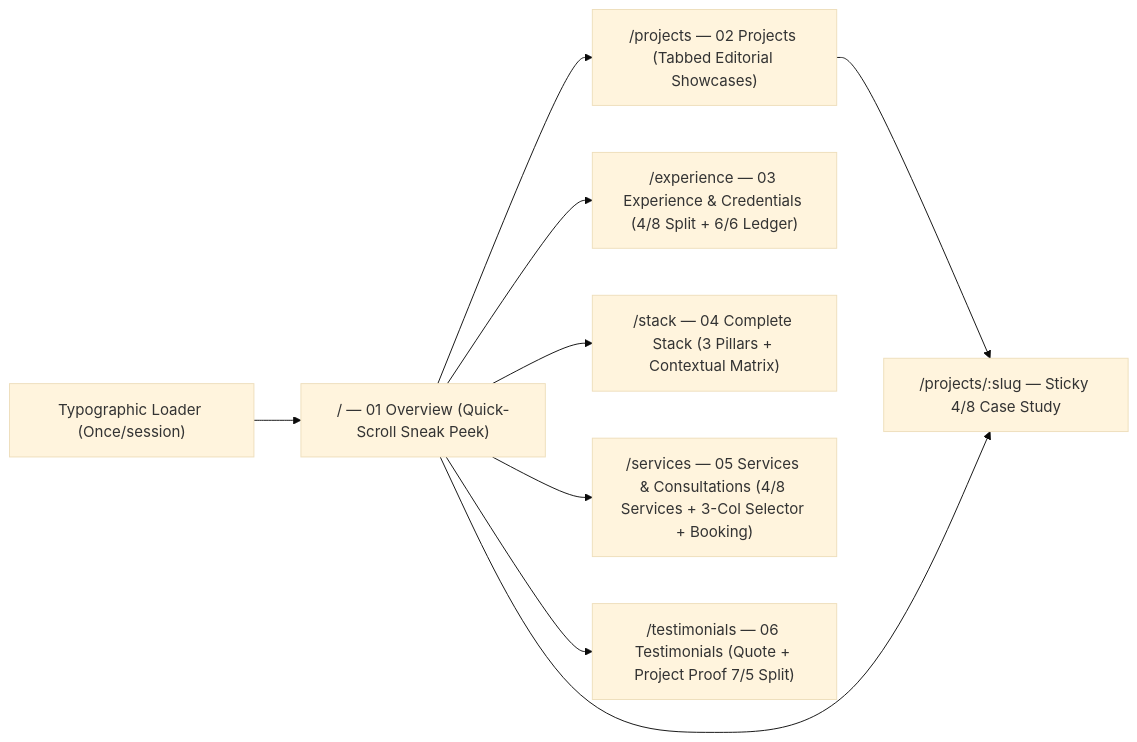
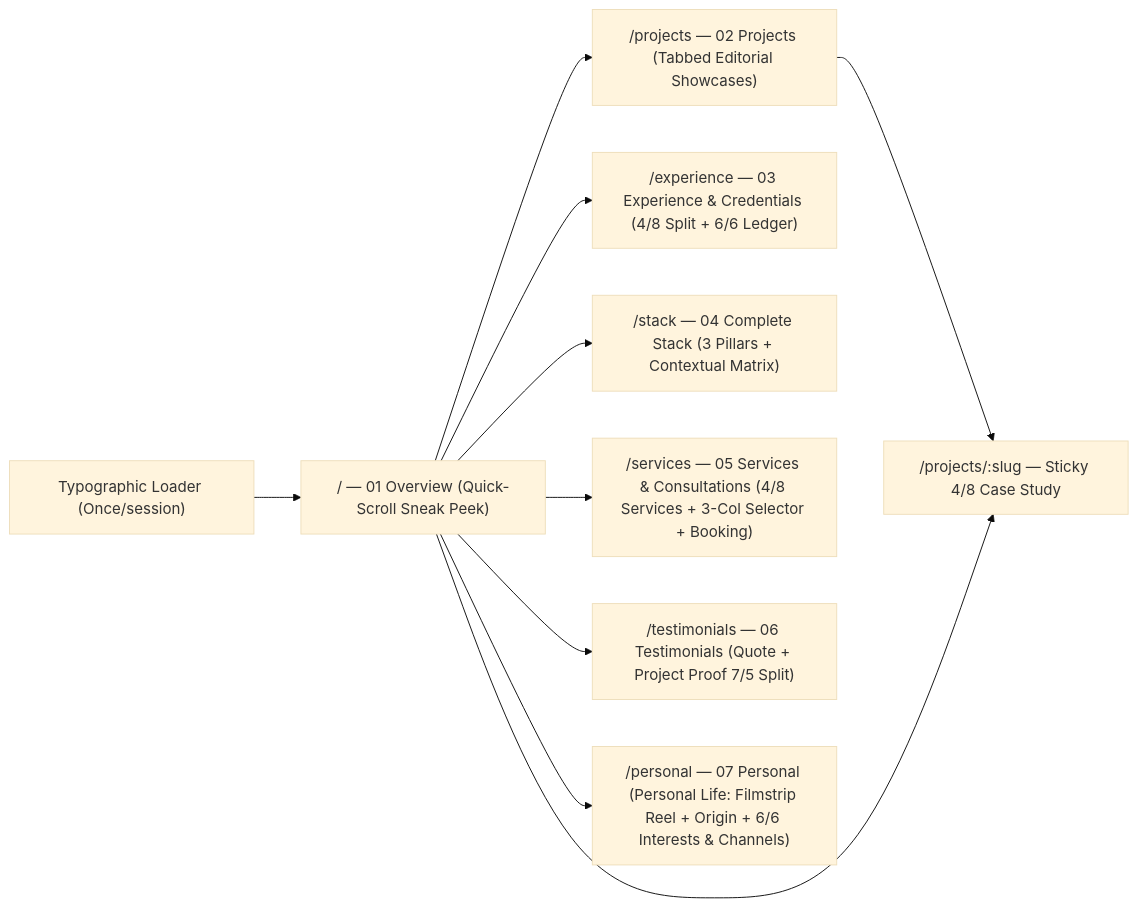
One commit to markPie29/markyisulatdev changed the diagram in personal-portfolio-bundle/DESIGN_DIRECTION_PLAN.md. Above: the diagram before and after it, drawn with Mermaid (base theme). The commit also changed other lines of this file and 17 other files, not shown here.

Commit message:
feat(personal): add standalone Personal Life page, filmstrip reel, and sync docs

````diff
--- a/personal-portfolio-bundle/DESIGN_DIRECTION_PLAN.md
+++ b/personal-portfolio-bundle/DESIGN_DIRECTION_PLAN.md
@@ -56,11 +56,12 @@
 ```mermaid
 flowchart LR
   Loader["Typographic Loader (Once/session)"] --> Home["/ — 01 Overview (Quick-Scroll Sneak Peek)"]
   Home --> P["/projects — 02 Projects (Tabbed Editorial Showcases)"]
   P --> CS["/projects/:slug — Sticky 4/8 Case Study"]
   Home --> CS
   Home --> E["/experience — 03 Experience & Credentials (4/8 Split + 6/6 Ledger)"]
   Home --> ST["/stack — 04 Complete Stack (3 Pillars + Contextual Matrix)"]
   Home --> SV["/services — 05 Services & Consultations (4/8 Services + 3-Col Selector + Booking)"]
   Home --> T["/testimonials — 06 Testimonials (Quote + Project Proof 7/5 Split)"]
+  Home --> PE["/personal — 07 Personal (Personal Life: Filmstrip Reel + Origin + 6/6 Interests & Channels)"]
 ```
````
